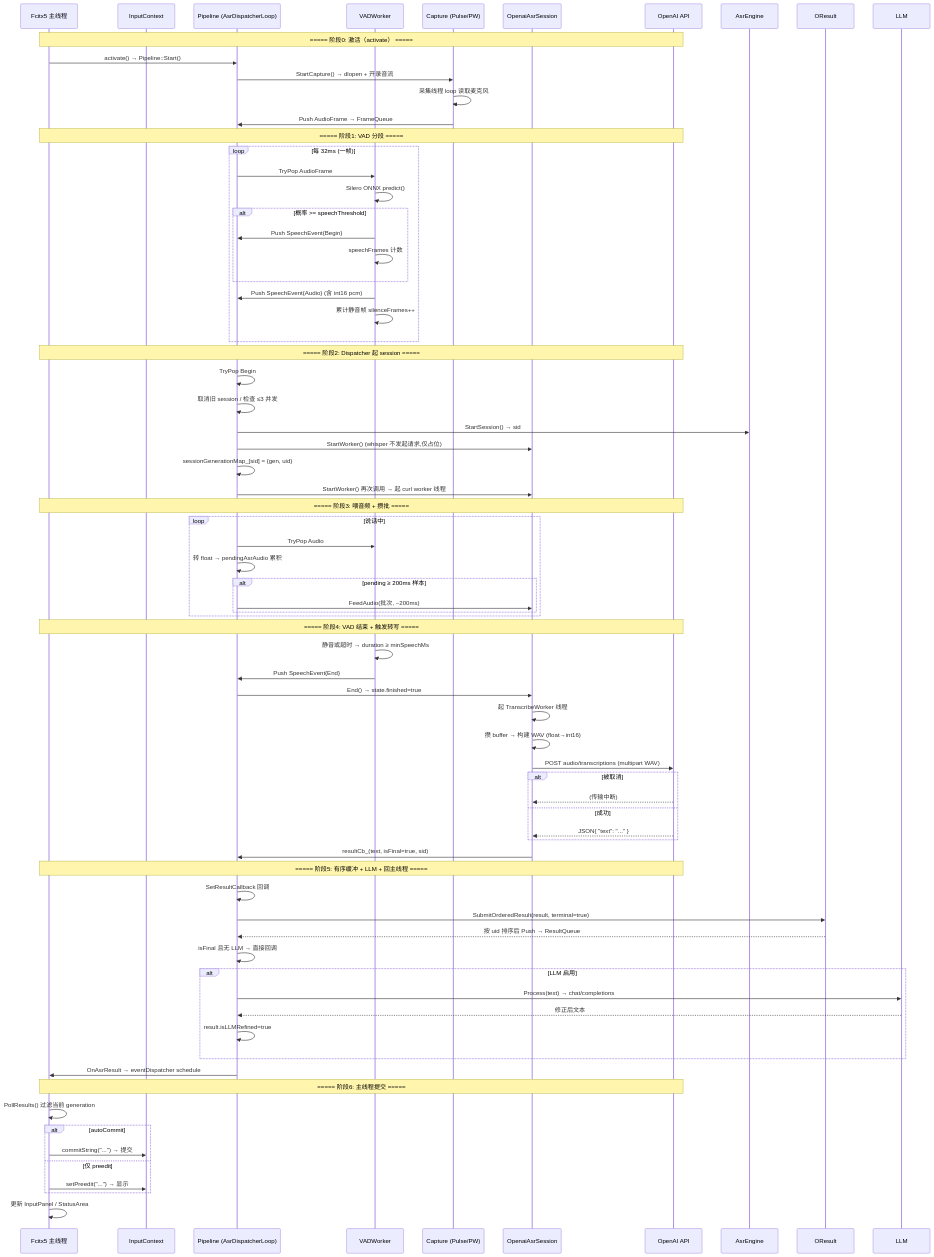
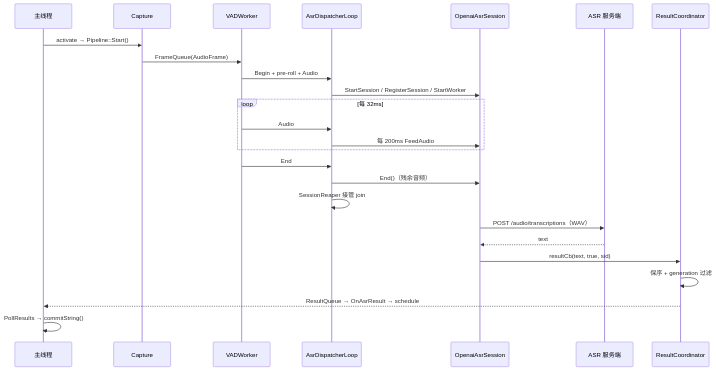
The first of 2 diagrams in docs/architecture/runtime-call-sequence.md (devcxl/fcitx5-voice-input), drawn with Mermaid before and after one commit. The commit also changed other lines of this file and 7 other files, not shown here.

````diff
--- a/docs/architecture/runtime-call-sequence.md
+++ b/docs/architecture/runtime-call-sequence.md
@@ -56,80 +251,28 @@
 ```mermaid
 sequenceDiagram
-    participant FM as Fcitx5 主线程
-    participant IC as InputContext
-    participant PE as Pipeline (AsrDispatcherLoop)
+    participant FM as 主线程
+    participant CAP as Capture
     participant VAD as VADWorker
-    participant CAP as Capture (Pulse/PW)
+    participant DISP as AsrDispatcherLoop
     participant SE as OpenaiAsrSession
-    participant API as OpenAI API
+    participant API as ASR 服务端
+    participant RC as ResultCoordinator
 
-    Note over FM,API: ===== 阶段0: 激活（activate） =====
-    FM->>PE: activate() → Pipeline::Start()
-    PE->>CAP: StartCapture() → dlopen + 开录音流
-    CAP->>CAP: 采集线程 loop 读取麦克风
-    CAP->>PE: Push AudioFrame → FrameQueue
-
-    Note over FM,API: ===== 阶段1: VAD 分段 =====
-    loop 每 32ms (一帧)
-        PE->>VAD: TryPop AudioFrame
-        VAD->>VAD: Silero ONNX predict()
-        alt 概率 >= speechThreshold
-            VAD->>PE: Push SpeechEvent{Begin}
-            VAD->>VAD: speechFrames 计数
-        end
-        VAD->>PE: Push SpeechEvent{Audio}  (含 int16 pcm)
-        VAD->>VAD: 累计静音帧 silenceFrames++
+    FM->>CAP: activate → Pipeline::Start()
+    CAP->>VAD: FrameQueue(AudioFrame)
+    VAD->>DISP: Begin + pre-roll + Audio
+    DISP->>SE: StartSession / RegisterSession / StartWorker
+    loop 每 32ms
+        VAD->>DISP: Audio
+        DISP->>SE: 每 200ms FeedAudio
     end
-
-    Note over FM,API: ===== 阶段2: Dispatcher 起 session =====
-    PE->>PE: TryPop Begin
-    PE->>PE: 取消旧 session / 检查 ≤3 并发
-    PE->>AsrEngine: StartSession() → sid
-    PE->>SE: StartWorker() (whisper 不发起请求,仅占位)
-    PE->>PE: sessionGenerationMap_[sid] = {gen, uid}
-    PE->>SE: StartWorker() 再次调用 → 起 curl worker 线程
-
-    Note over FM,API: ===== 阶段3: 喂音频 + 攒批 =====
-    loop 说话中
-        PE->>VAD: TryPop Audio
-        PE->>PE: 转 float → pendingAsrAudio 累积
-        alt pending ≥ 200ms 样本
-            PE->>SE: FeedAudio(批次, ~200ms)
-        end
-    end
-
-    Note over FM,API: ===== 阶段4: VAD 结束 + 触发转写 =====
-    VAD->>VAD: 静音或超时 → duration ≥ minSpeechMs
-    VAD->>PE: Push SpeechEvent{End}
-    PE->>SE: End() → state.finished=true
-    SE->>SE: 起 TranscribeWorker 线程
-    SE->>SE: 攒 buffer → 构建 WAV (float→int16)
-    SE->>API: POST audio/transcriptions (multipart WAV)
-    alt 被取消
-        API-->>SE: (传输中断)
-    else 成功
-        API-->>SE: JSON{ "text": "..." }
-    end
-    SE->>PE: resultCb_(text, isFinal=true, sid)
-
-    Note over FM,API: ===== 阶段5: 有序缓冲 + LLM + 回主线程 =====
-    PE->>PE: SetResultCallback 回调
-    PE->>OResult: SubmitOrderedResult(result, terminal=true)
-    OResult-->>PE: 按 uid 排序后 Push → ResultQueue
-    PE->>PE: isFinal 且无 LLM → 直接回调
-    alt LLM 启用
-        PE->>LLM: Process(text) → chat/completions
-        LLM-->>PE: 修正后文本
-        PE->>PE: result.isLLMRefined=true
-    end
-    PE->>FM: OnAsrResult → eventDispatcher schedule
-
-    Note over FM,API: ===== 阶段6: 主线程提交 =====
-    FM->>FM: PollResults() 过滤当前 generation
-    alt autoCommit
-        FM->>IC: commitString("...")  → 提交
-    else 仅 preedit
-        FM->>IC: setPreedit("...") → 显示
-    end
-    FM->>FM: 更新 InputPanel / StatusArea
+    VAD->>DISP: End
+    DISP->>SE: End()（残余音频）
+    DISP->>DISP: SessionReaper 接管 join
+    SE->>API: POST /audio/transcriptions（WAV）
+    API-->>SE: text
+    SE->>RC: resultCb(text, true, sid)
+    RC->>RC: 保序 + generation 过滤
+    RC-->>FM: ResultQueue → OnAsrResult → schedule
+    FM->>FM: PollResults → commitString()
 ```
````
